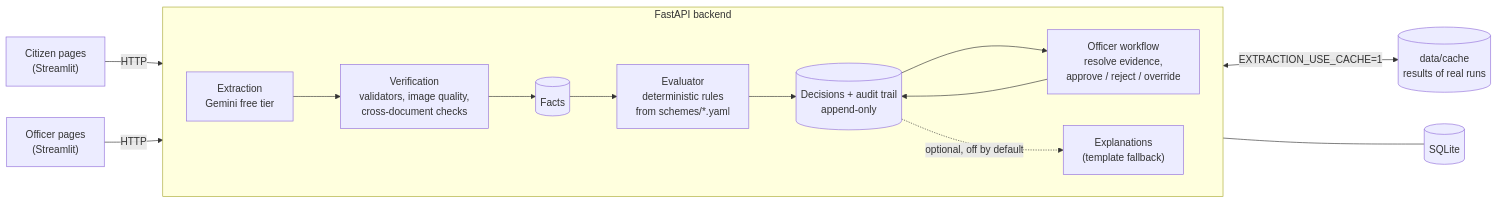
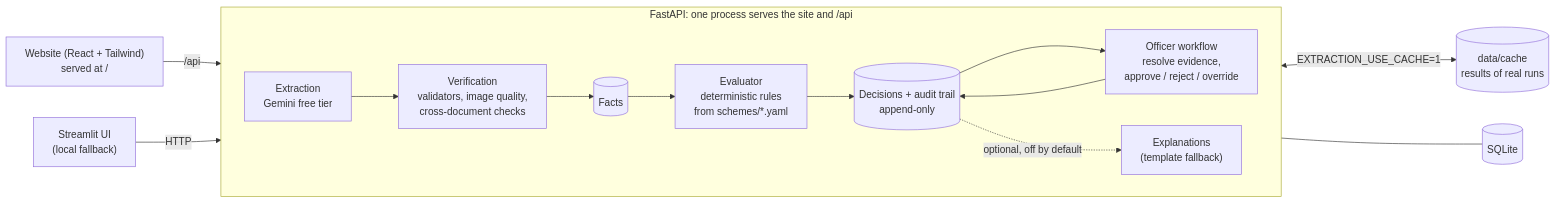
The diagram in README.md (yuktaa28/VerifyOnce), drawn with Mermaid before and after one commit. The commit also changed other lines of this file and 37 other files, not shown here.

````diff
--- a/README.md
+++ b/README.md
@@ -35,17 +38,17 @@
 ```mermaid
 flowchart LR
-    citizen["Citizen pages<br/>(Streamlit)"] -->|HTTP| api
-    officer["Officer pages<br/>(Streamlit)"] -->|HTTP| api
-    subgraph api["FastAPI backend"]
+    site["Website (React + Tailwind)<br/>served at /"] -->|"/api"| api
+    streamlit["Streamlit UI<br/>(local fallback)"] -->|HTTP| api
+    subgraph api["FastAPI: one process serves the site and /api"]
         direction LR
         extract["Extraction<br/>Gemini free tier"] --> verify["Verification<br/>validators, image quality,<br/>cross-document checks"]
         verify --> facts[("Facts")]
         facts --> evaluate["Evaluator<br/>deterministic rules<br/>from schemes/*.yaml"]
         evaluate --> decisions[("Decisions + audit trail<br/>append-only")]
         decisions --> work["Officer workflow<br/>resolve evidence,<br/>approve / reject / override"]
         work --> decisions
         decisions -. "optional, off by default" .-> explain["Explanations<br/>(template fallback)"]
     end
     extract <-->|"EXTRACTION_USE_CACHE=1"| cache[("data/cache<br/>results of real runs")]
     decisions --- db[("SQLite")]
 ```
````
